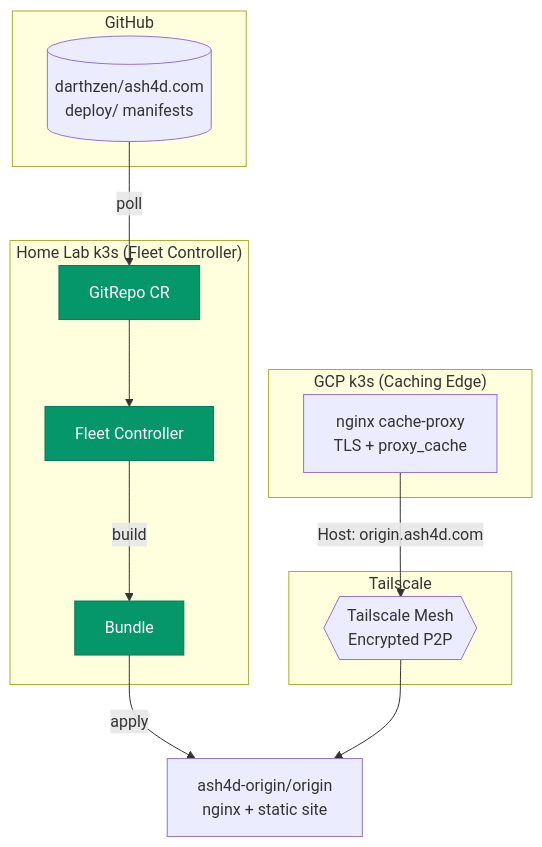
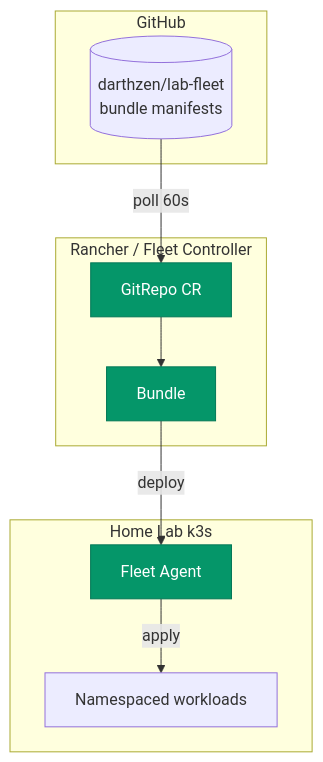
The sixth of 6 diagrams in README.md (darthzen/ash4d.com), drawn with Mermaid before and after one commit. The commit also changed other lines of this file and 8 other files, not shown here.

First line of the commit message:
Retire the GCP edge and the lab origin

````diff
--- a/README.md
+++ b/README.md
@@ -286,32 +322,24 @@
 ```mermaid
 flowchart TD
     subgraph GitHub
-        REPO[("darthzen/ash4d.com<br/>deploy/ manifests")]
+        LABREPO[("darthzen/lab-fleet<br/>bundle manifests")]
     end
 
-    subgraph HomeLab["Home Lab k3s (Fleet Controller)"]
-        FC[Fleet Controller]
+    subgraph Rancher["Rancher / Fleet Controller"]
         GITREPO[GitRepo CR]
         BUNDLE[Bundle]
     end
 
-    subgraph Tailscale
-        MESH{{Tailscale Mesh<br/>Encrypted P2P}}
+    subgraph HomeLab["Home Lab k3s"]
+        AGENT[Fleet Agent]
+        WORKLOADS[Namespaced workloads]
     end
 
-    subgraph GCP["GCP k3s (Caching Edge)"]
-        PROXY[nginx cache-proxy<br/>TLS + proxy_cache]
-    end
-
-    ORIGIN[ash4d-origin/origin<br/>nginx + static site]
-
-    REPO -->|poll| GITREPO
-    GITREPO --> FC
-    FC -->|build| BUNDLE
-    BUNDLE -->|apply| ORIGIN
-    PROXY -->|Host: origin.ash4d.com| MESH
-    MESH --> ORIGIN
+    LABREPO -->|poll 60s| GITREPO
+    GITREPO --> BUNDLE
+    BUNDLE -->|deploy| AGENT
+    AGENT -->|apply| WORKLOADS
 
     classDef fleet fill:#059669,stroke:#047857,color:#fff
-    class FC,GITREPO,BUNDLE fleet
+    class GITREPO,BUNDLE,AGENT fleet
 ```
````
